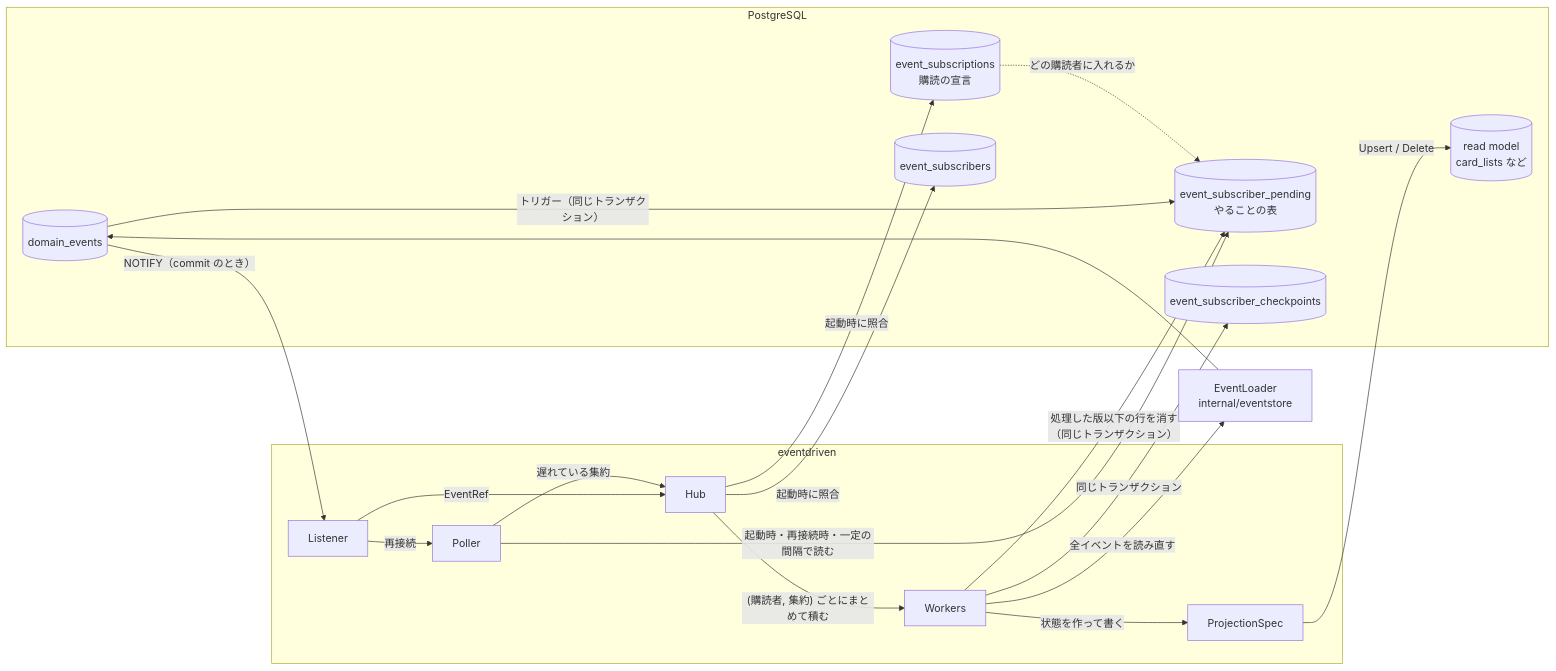
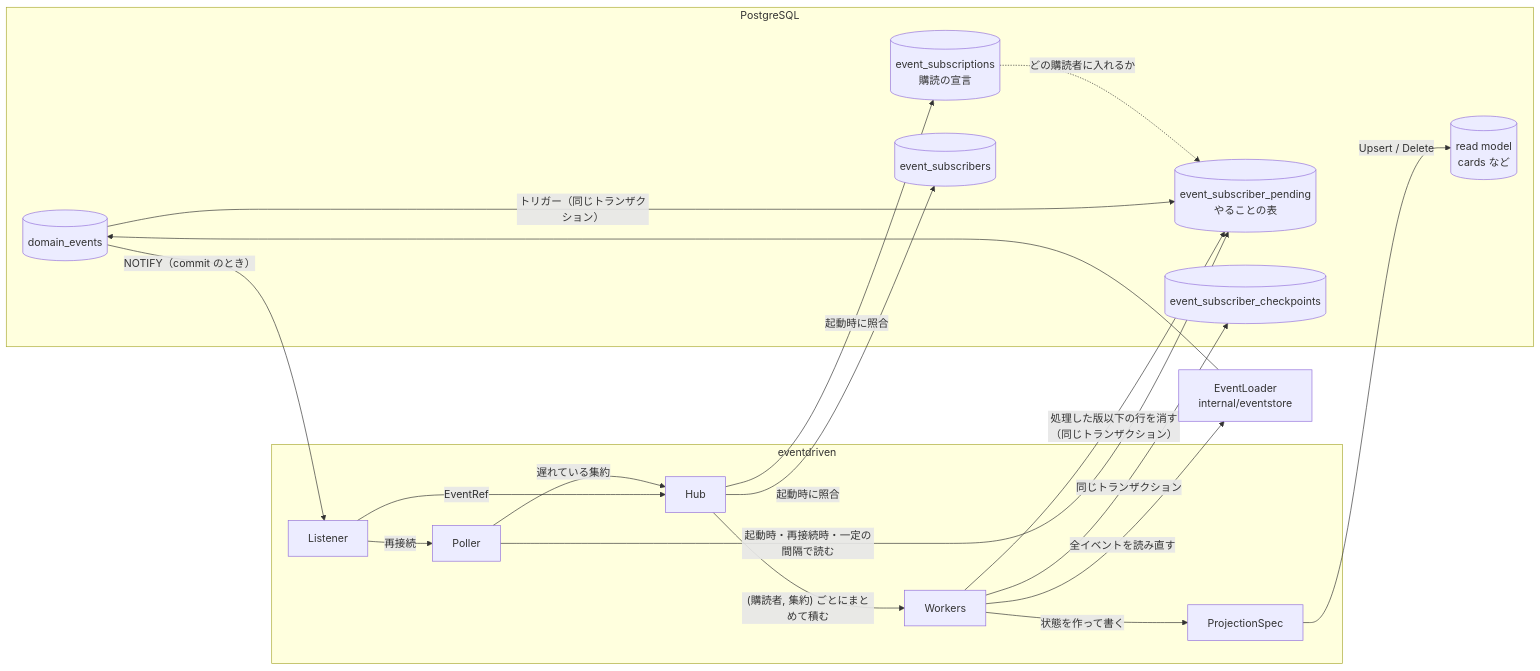
Before and after one commit to aimerzarashi/cardicedge-core: the first of 3 diagrams in internal/eventdriven/README.md, drawn with Mermaid. The commit also changed other lines of this file and 61 other files, not shown here.

Commit message:
refactor: domain_identifiers と read model の表、読む側・書く側の型の名前を見直す

````diff
--- a/internal/eventdriven/README.md
+++ b/internal/eventdriven/README.md
@@ -9,38 +9,38 @@
 ```mermaid
 flowchart LR
   subgraph DB[PostgreSQL]
     events[(domain_events)]
     subscriptions[(event_subscriptions<br/>購読の宣言)]
     pending[(event_subscriber_pending<br/>やることの表)]
     subs[(event_subscribers)]
     cps[(event_subscriber_checkpoints)]
-    rm[(read model<br/>card_lists など)]
+    rm[(read model<br/>cards など)]
   end
 
   subgraph eventdriven
     Listener
     Poller
     Hub
     Workers
     Projection[ProjectionSpec]
   end
 
   Loader[EventLoader<br/>internal/eventstore]
 
   events -- "トリガー（同じトランザクション）" --> pending
   subscriptions -. どの購読者に入れるか .-> pending
   events -- "NOTIFY（commit のとき）" --> Listener
   Listener -- EventRef --> Hub
   Listener -- 再接続 --> Poller
   Poller -- "起動時・再接続時・一定の間隔で読む" --> pending
   Poller -- 遅れている集約 --> Hub
   Hub -- 起動時に照合 --> subs
   Hub -- 起動時に照合 --> subscriptions
   Hub -- "(購読者, 集約) ごとにまとめて積む" --> Workers
   Workers -- 全イベントを読み直す --> Loader
   Loader --> events
   Workers -- 状態を作って書く --> Projection
   Projection -- "Upsert / Delete" --> rm
   Workers -- 同じトランザクション --> cps
   Workers -- "処理した版以下の行を消す（同じトランザクション）" --> pending
 ```
````
